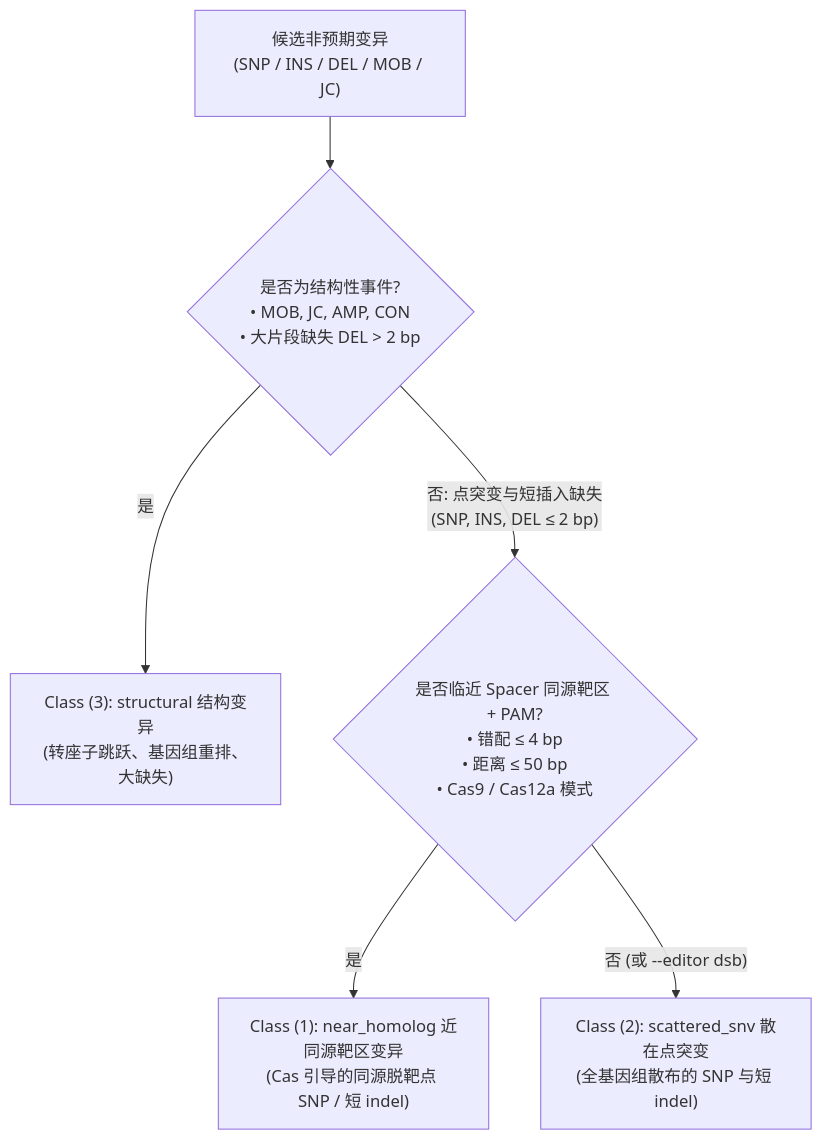
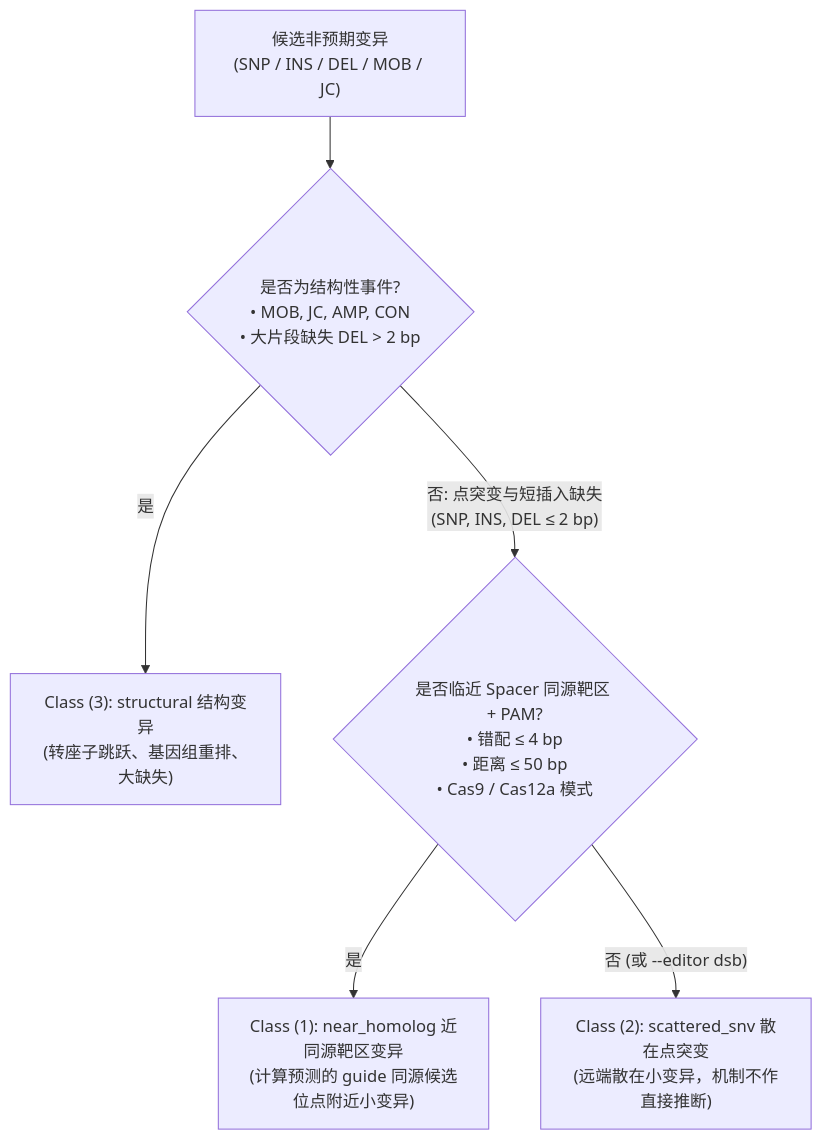
Before and after one commit to Caizhaohui/ProkaDiff: the diagram in README.zh.md, drawn with Mermaid. The commit also changed other lines of this file and 25 other files, not shown here.

````diff
--- a/README.zh.md
+++ b/README.zh.md
@@ -232,8 +232,8 @@
 ```mermaid
 graph TD
     A["候选非预期变异<br/>(SNP / INS / DEL / MOB / JC)"] --> B{"是否为结构性事件?<br/>• MOB, JC, AMP, CON<br/>• 大片段缺失 DEL > 2 bp"}
     B -- "是" --> C["Class (3): structural 结构变异<br/>(转座子跳跃、基因组重排、大缺失)"]
     B -- "否: 点突变与短插入缺失<br/>(SNP, INS, DEL ≤ 2 bp)" --> D{"是否临近 Spacer 同源靶区 + PAM?<br/>• 错配 ≤ 4 bp<br/>• 距离 ≤ 50 bp<br/>• Cas9 / Cas12a 模式"}
-    D -- "是" --> E["Class (1): near_homolog 近同源靶区变异<br/>(Cas 引导的同源脱靶点 SNP / 短 indel)"]
-    D -- "否 (或 --editor dsb)" --> F["Class (2): scattered_snv 散在点突变<br/>(全基因组散布的 SNP 与短 indel)"]
+    D -- "是" --> E["Class (1): near_homolog 近同源靶区变异<br/>(计算预测的 guide 同源候选位点附近小变异)"]
+    D -- "否 (或 --editor dsb)" --> F["Class (2): scattered_snv 散在点突变<br/>(远端散在小变异，机制不作直接推断)"]
 ```
````
